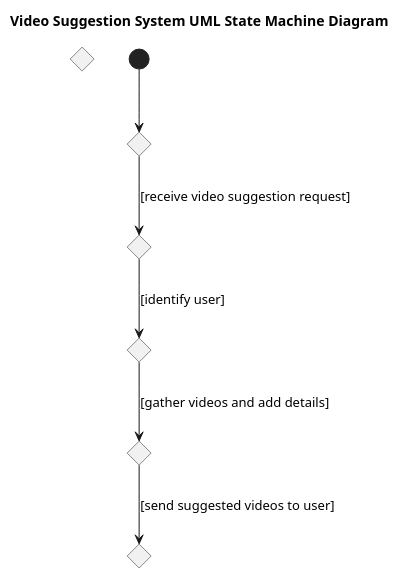
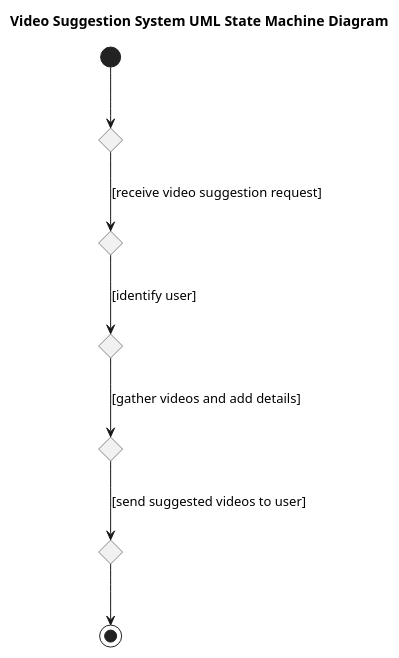
The diagram in results/plantuml_pipeline_run2/runs/open_source__mistral__rag/case_41_video_suggestion_system/run_01.puml (maimunafaria/State_transition_Diagram_generated_by_LLM), drawn with PlantUML before and after one commit. The commit also changed 4 other files, not shown here.

```diff
--- a/results/plantuml_pipeline_run2/runs/open_source__mistral__rag/case_41_video_suggestion_system/run_01.puml
+++ b/results/plantuml_pipeline_run2/runs/open_source__mistral__rag/case_41_video_suggestion_system/run_01.puml
@@ -1,17 +1,17 @@
 @startuml
 title Video Suggestion System UML State Machine Diagram
 
-state StartChoice <<choice>>
 state UserRequestChoice <<choice>>
 state IdentifyUserChoice <<choice>>
 state GatherVideosChoice <<choice>>
 state AddDetailsChoice <<choice>>
 state SendSuggestionsChoice <<choice>>
 
 [*] --> UserRequestChoice
 
 UserRequestChoice --> IdentifyUserChoice : [receive video suggestion request]
 IdentifyUserChoice --> GatherVideosChoice : [identify user]
 GatherVideosChoice --> AddDetailsChoice : [gather videos and add details]
 AddDetailsChoice --> SendSuggestionsChoice : [send suggested videos to user]
+SendSuggestionsChoice --> [*]
 @enduml
```
